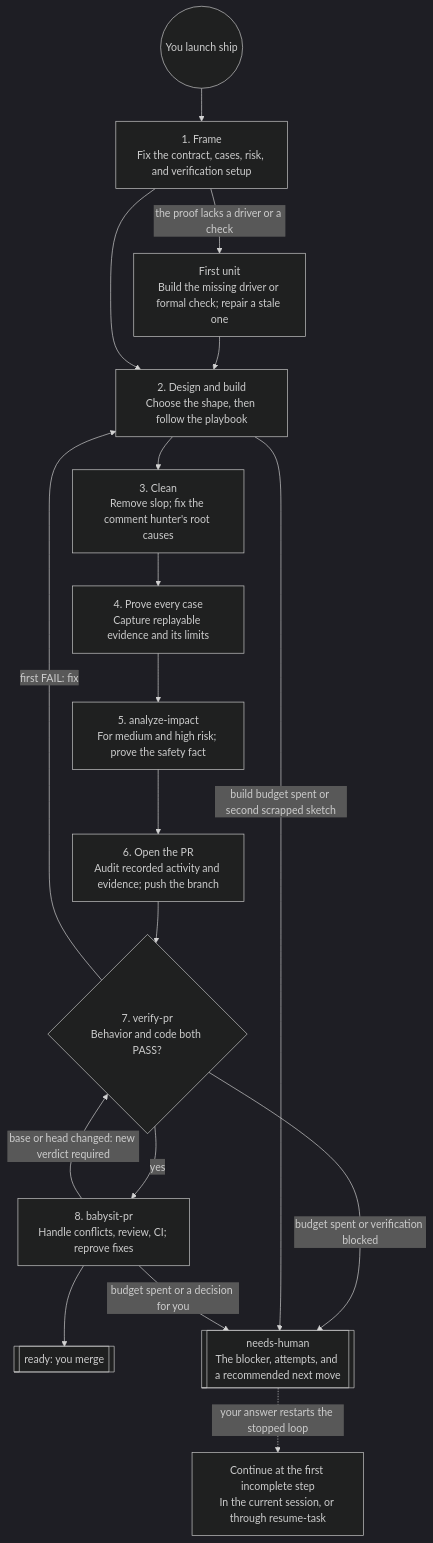
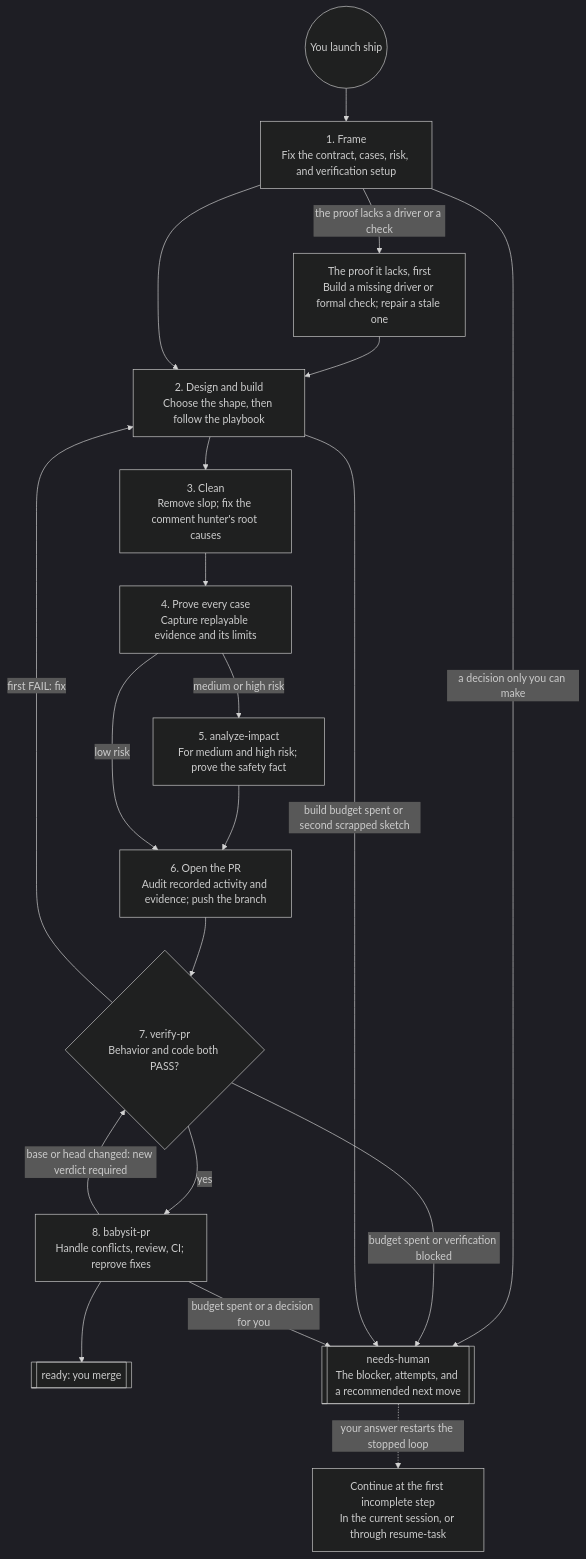
One commit to Ilian-Allaf/skillstack changed the third of 9 diagrams in skills/README.md. Above: the diagram before and after it, drawn with Mermaid (dark theme). The commit also changed other lines of this file and 1 other file, not shown here.

First line of the commit message:
Bring the map's diagrams in line with the skills

````diff
--- a/skills/README.md
+++ b/skills/README.md
@@ -80,27 +83,31 @@
 ```mermaid
 flowchart TB
   start(("You launch ship"))
   frame["1. Frame<br/>Fix the contract, cases, risk, and verification setup"]
-  lacks["First unit<br/>Build the missing driver or formal check; repair a stale one"]
+  lacks["The proof it lacks, first<br/>Build a missing driver or formal check; repair a stale one"]
   build["2. Design and build<br/>Choose the shape, then follow the playbook"]
   clean["3. Clean<br/>Remove slop; fix the comment hunter's root causes"]
   proof["4. Prove every case<br/>Capture replayable evidence and its limits"]
   impact["5. analyze-impact<br/>For medium and high risk; prove the safety fact"]
   open["6. Open the PR<br/>Audit recorded activity and evidence; push the branch"]
   verdict{"7. verify-pr<br/>Behavior and code both PASS?"}
   babysit["8. babysit-pr<br/>Handle conflicts, review, CI; reprove fixes"]
   ready[["ready: you merge"]]
   human[["needs-human<br/>The blocker, attempts, and a recommended next move"]]
   resume["Continue at the first incomplete step<br/>In the current session, or through resume-task"]
 
   start --> frame
   frame -->|the proof lacks a driver or a check| lacks --> build
-  frame --> build --> clean --> proof --> impact --> open --> verdict
+  frame --> build --> clean --> proof
+  proof -->|medium or high risk| impact --> open
+  proof -->|low risk| open
+  open --> verdict
   verdict -->|yes| babysit --> ready
+  frame -->|a decision only you can make| human
   verdict -->|first FAIL: fix| build
   verdict -->|budget spent or verification blocked| human
   build -->|build budget spent or second scrapped sketch| human
   babysit -->|base or head changed: new verdict required| verdict
   babysit -->|budget spent or a decision for you| human
   human -.->|your answer restarts the stopped loop| resume
 ```
````
